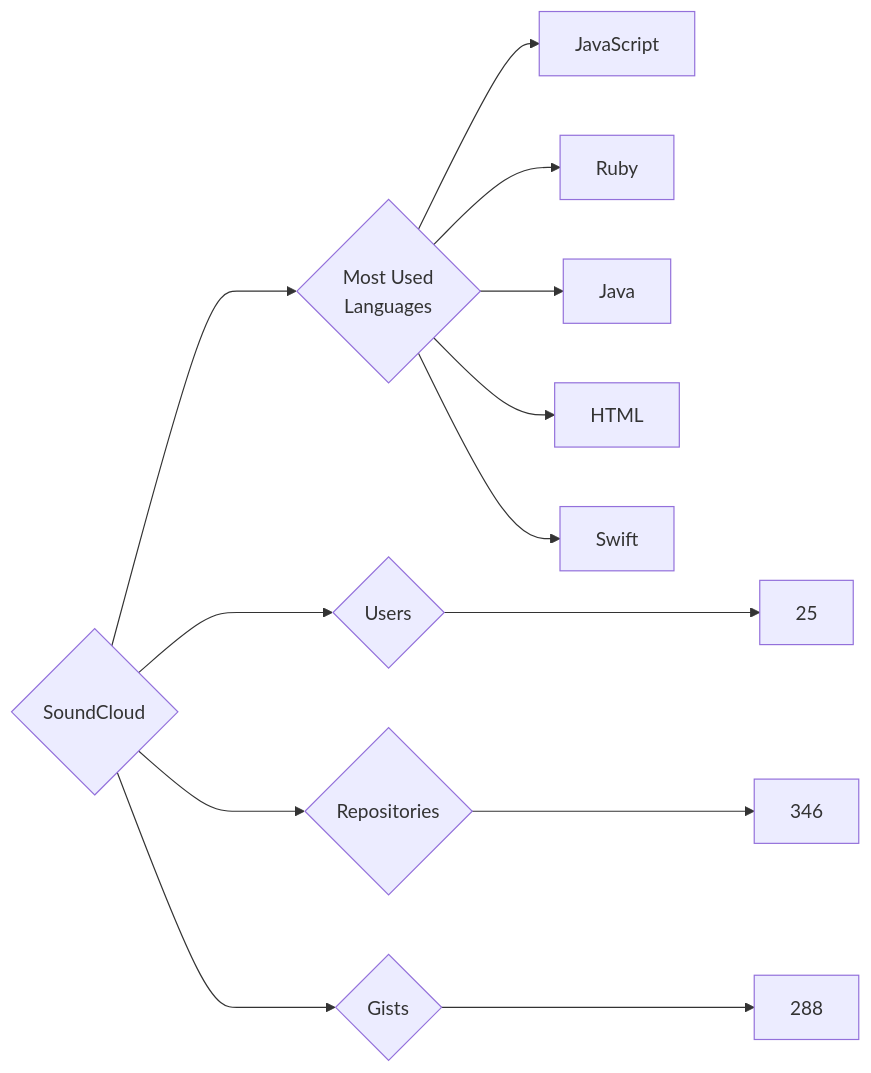
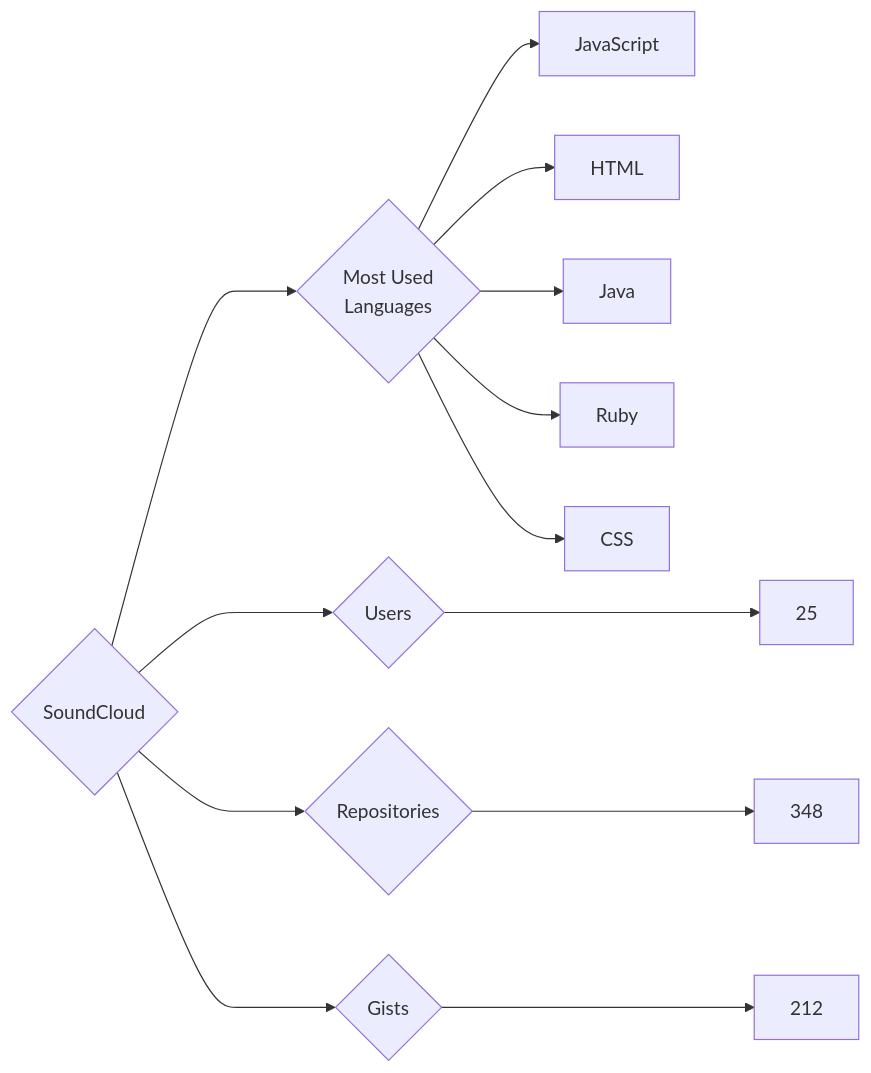
Before and after one commit to trickest/insiders: the diagram in targets/SoundCloud/README.md, drawn with Mermaid. The commit also changed 851 other files, not shown here.

````diff
--- a/targets/SoundCloud/README.md
+++ b/targets/SoundCloud/README.md
@@ -3,13 +3,13 @@
 ```mermaid
 graph LR
 COMPANY_NAME{SoundCloud}
 COMPANY_NAME ---> U{Users} ---> UN[25]
-COMPANY_NAME ---> R{Repositories} ---> RN[346]
-COMPANY_NAME ---> G{Gists} ---> GN[288]
+COMPANY_NAME ---> R{Repositories} ---> RN[348]
+COMPANY_NAME ---> G{Gists} ---> GN[212]
 COMPANY_NAME ---> ML{Most Used<br>Languages}
 ML --> JavaScript[JavaScript]
+ML --> HTML[HTML]
+ML --> Java[Java]
 ML --> Ruby[Ruby]
-ML --> Java[Java]
-ML --> HTML[HTML]
-ML --> Swift[Swift]
+ML --> CSS[CSS]
 ```
````
